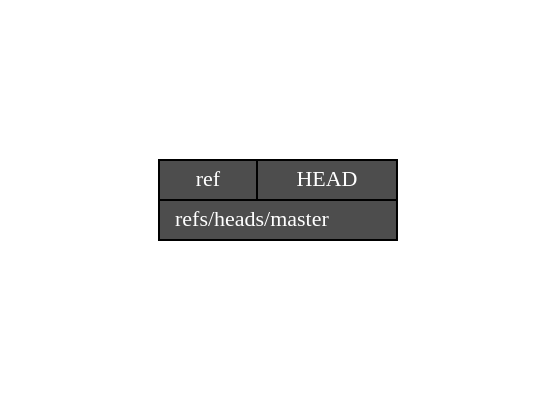
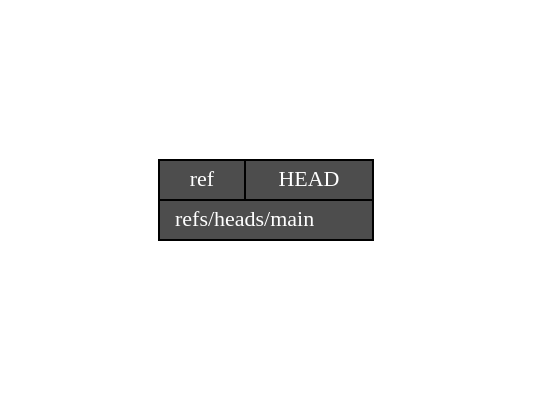
One commit to zigarn/git-internals changed the diagram in head.dot. Above: the diagram before and after it, drawn with Graphviz. The commit also changed 6 other files, not shown here.

Commit message:
Switch from 'master' to 'main'

```diff
--- a/head.dot
+++ b/head.dot
@@ -1,6 +1,6 @@
 digraph structs {
   pad="1,1";
   node [shape=record,fontsize=11];
   rankdir="TB";
-  _HEAD [style=filled, fillcolor=gray30, fontcolor=white,  label="{{ref|HEAD}|refs\/heads\/master\l}"]
+  _HEAD [style=filled, fillcolor=gray30, fontcolor=white,  label="{{ref|HEAD}|refs\/heads\/main\l}"]
 }
```
